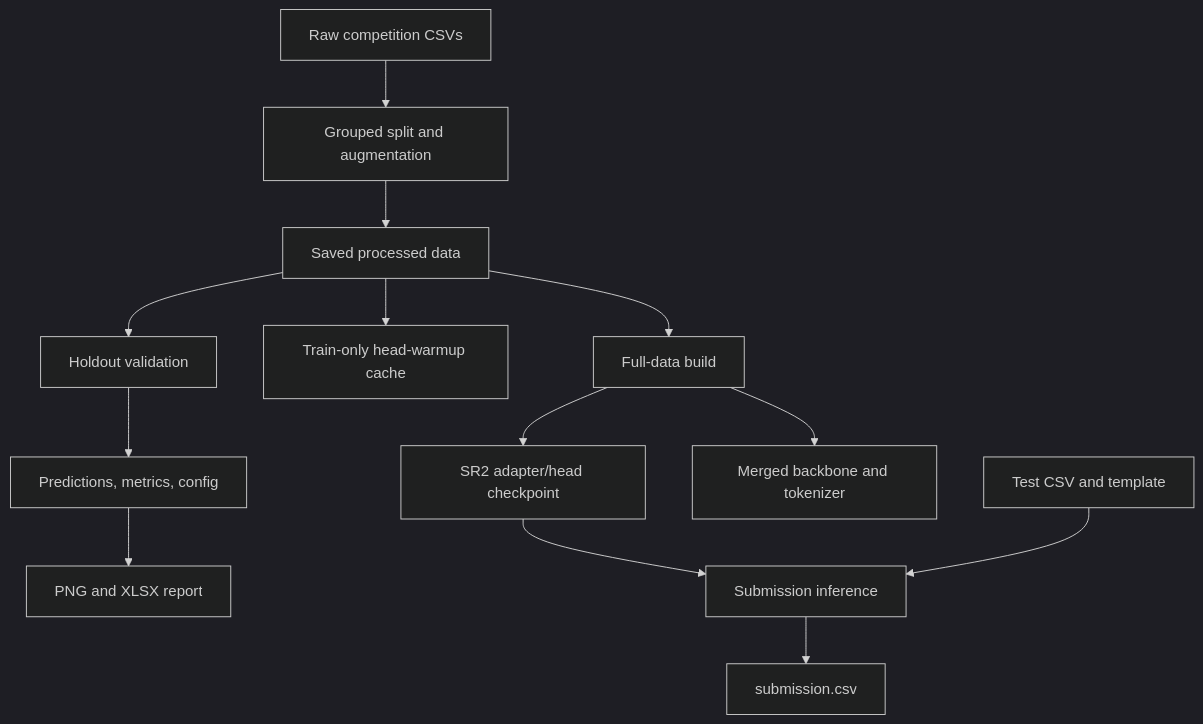
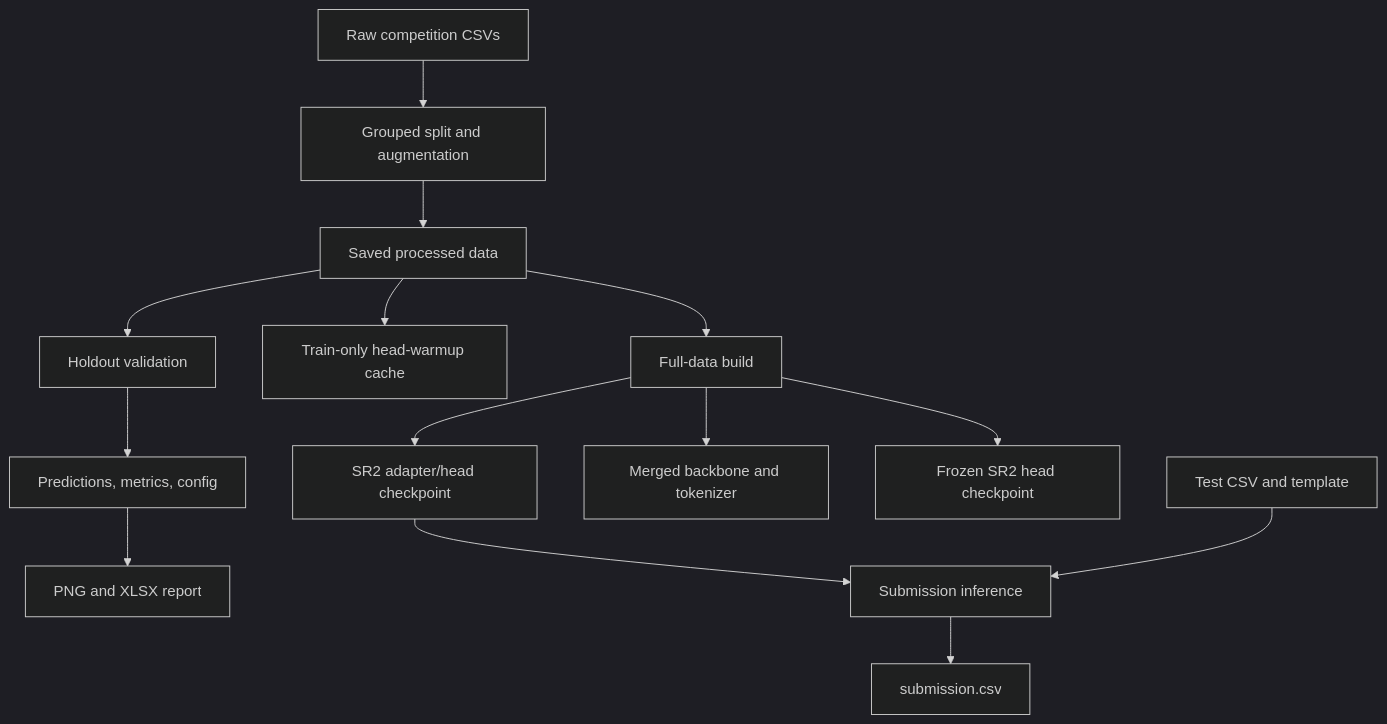
Before and after one commit to Esxyko/llm-classification-finetuning: the diagram in structure.md, drawn with Mermaid (dark theme). The commit also changed other lines of this file and 35 other files, not shown here.

````diff
--- a/structure.md
+++ b/structure.md
@@ -26,15 +26,16 @@
 ```mermaid
 flowchart TD
     Raw["Raw competition CSVs"] --> Prep["Grouped split and augmentation"]
     Prep --> Data["Saved processed data"]
     Data --> Validate["Holdout validation"]
     Data --> Warmup["Train-only head-warmup cache"]
     Data --> Build["Full-data build"]
     Validate --> Run["Predictions, metrics, config"]
     Run --> Report["PNG and XLSX report"]
     Build --> Checkpoint["SR2 adapter/head checkpoint"]
     Build --> Merged["Merged backbone and tokenizer"]
+    Build --> Head["Frozen SR2 head checkpoint"]
     Checkpoint --> Submit["Submission inference"]
     Test["Test CSV and template"] --> Submit
     Submit --> CSV["submission.csv"]
 ```
````
